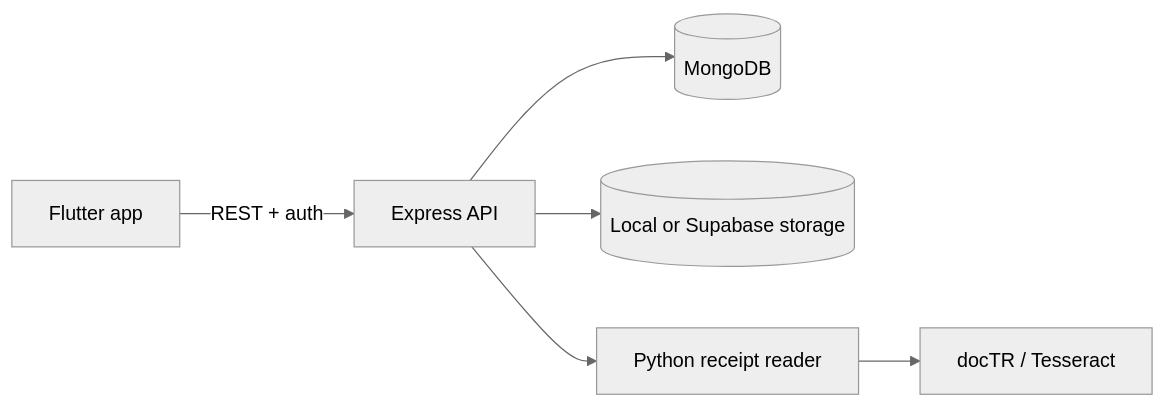
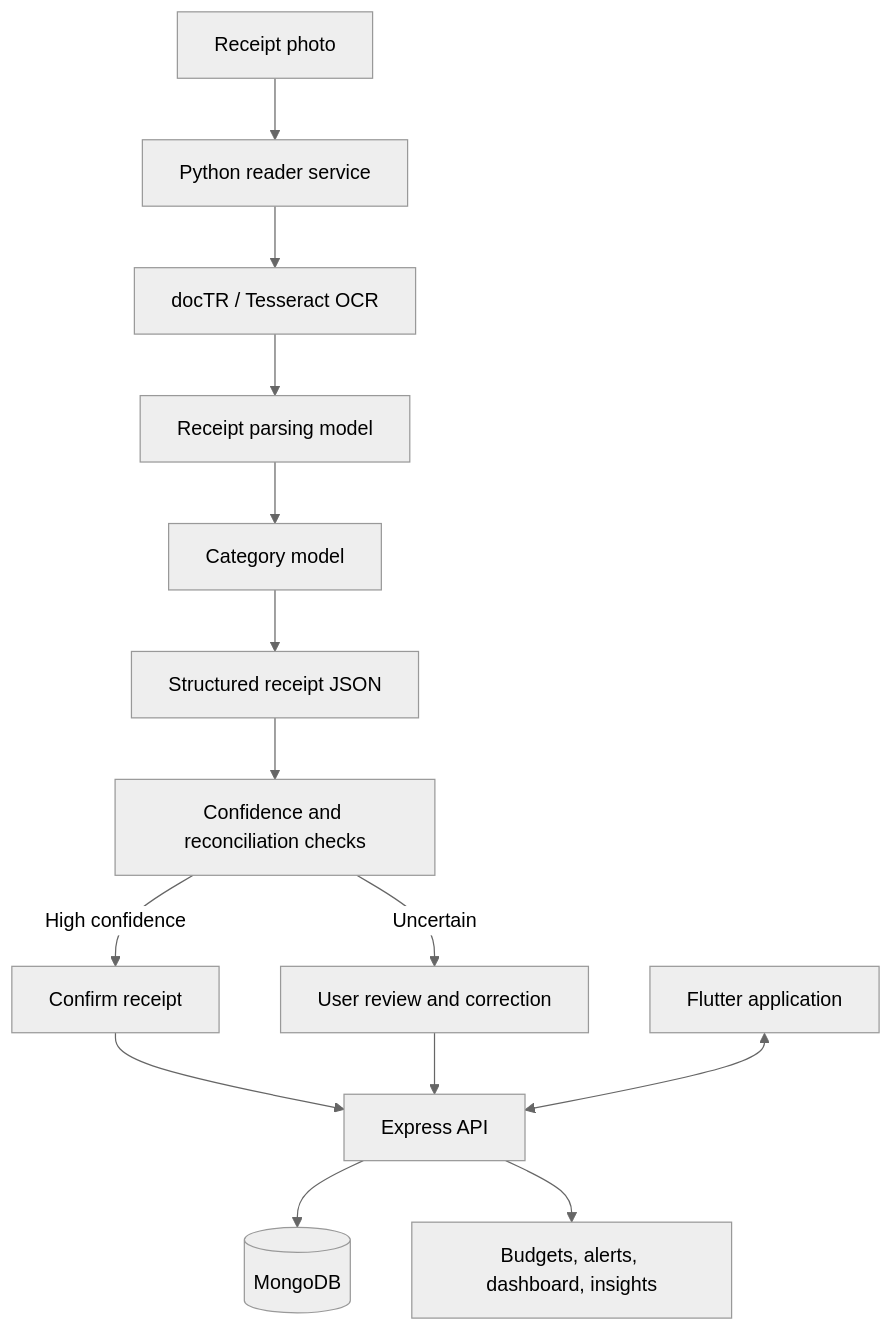
The diagram in README.md (shaleen2062-sys/Kharcha), drawn with Mermaid (neutral theme) before and after one commit. The commit also changed other lines of this file and 4 other files, not shown here.

````diff
--- a/README.md
+++ b/README.md
@@ -86,8 +88,16 @@
 ```mermaid
-flowchart LR
-    App[Flutter app] -->|REST + auth| API[Express API]
+flowchart TD
+    PHOTO[Receipt photo] --> READER[Python reader service]
+    READER --> OCR[docTR / Tesseract OCR]
+    OCR --> PARSE[Receipt parsing model]
+    PARSE --> CATEGORY[Category model]
+    CATEGORY --> JSON[Structured receipt JSON]
+    JSON --> VALIDATE[Confidence and reconciliation checks]
+    VALIDATE -->|High confidence| CONFIRM[Confirm receipt]
+    VALIDATE -->|Uncertain| REVIEW[User review and correction]
+    CONFIRM --> API[Express API]
+    REVIEW --> API
     API --> DB[(MongoDB)]
-    API --> Storage[(Local or Supabase storage)]
-    API --> Reader[Python receipt reader]
-    Reader --> OCR[docTR / Tesseract]
+    API --> FEATURES[Budgets, alerts, dashboard, insights]
+    APP[Flutter application] <--> API
 ```
````
